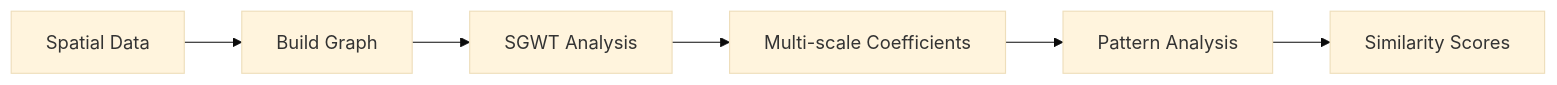
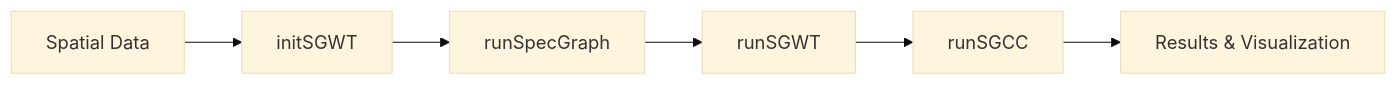
Before and after one commit to BMEngineeR/BioGSP: the diagram in README.md, drawn with Mermaid (base theme). The commit also changed other lines of this file and 87 other files, not shown here.

````diff
--- a/README.md
+++ b/README.md
@@ -29,8 +29,8 @@
 ```mermaid
 graph LR
-    A[Spatial Data] --> B[Build Graph]
-    B --> C[SGWT Analysis]
-    C --> D[Multi-scale Coefficients]
-    D --> E[Pattern Analysis]
-    E --> F[Similarity Scores]
+    A[Spatial Data] --> B[initSGWT]
+    B --> C[runSpecGraph]
+    C --> D[runSGWT]
+    D --> E[runSGCC]
+    E --> F[Results & Visualization]
 ```
````
